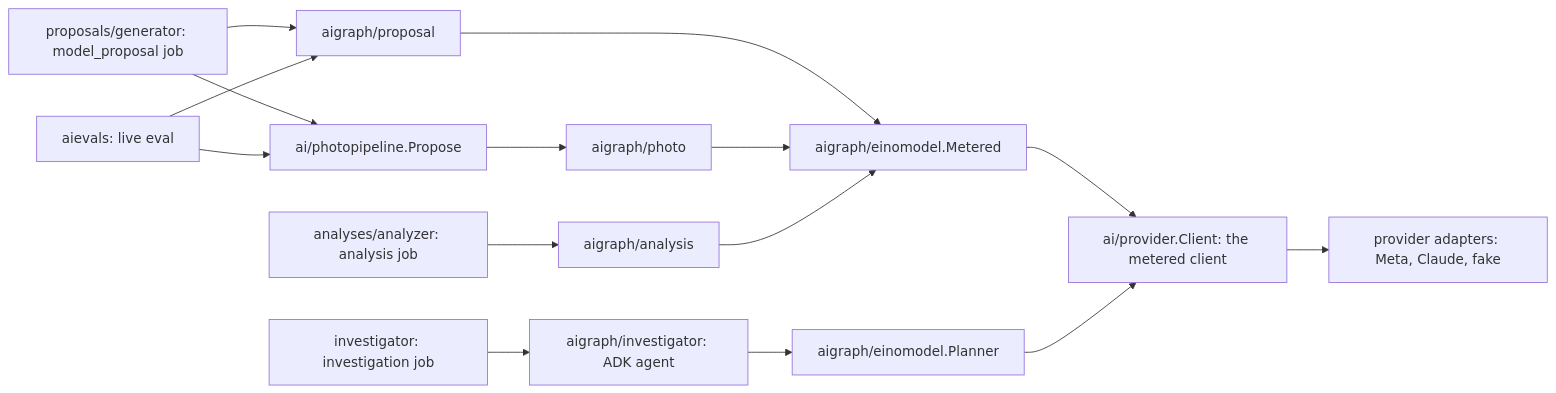
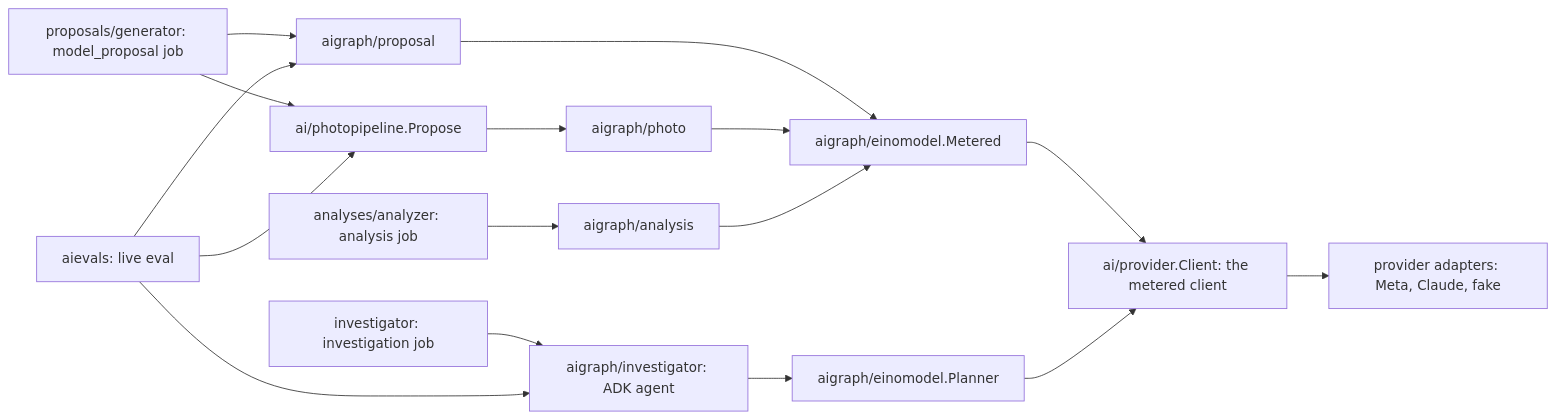
One commit to KCL1104/Geminus changed the second of 2 diagrams in docs/ARCHITECTURE.md. Above: the diagram before and after it, drawn with Mermaid. The commit also changed other lines of this file and 6 other files, not shown here.

````diff
--- a/docs/ARCHITECTURE.md
+++ b/docs/ARCHITECTURE.md
@@ -77,17 +77,18 @@
 ```mermaid
 flowchart LR
   GEN[proposals/generator: model_proposal job] --> PG[aigraph/proposal]
   EVAL[aievals: live eval] --> PG
   GEN --> PP[ai/photopipeline.Propose]
   EVAL --> PP
   PP --> PH[aigraph/photo]
   ANA[analyses/analyzer: analysis job] --> AG[aigraph/analysis]
   INV[investigator: investigation job] --> IA[aigraph/investigator: ADK agent]
+  EVAL --> IA
   PG --> M[aigraph/einomodel.Metered]
   PH --> M
   AG --> M
   IA --> PL[aigraph/einomodel.Planner]
   M --> C[ai/provider.Client: the metered client]
   PL --> C
   C --> ADP[provider adapters: Meta, Claude, fake]
 ```
````
